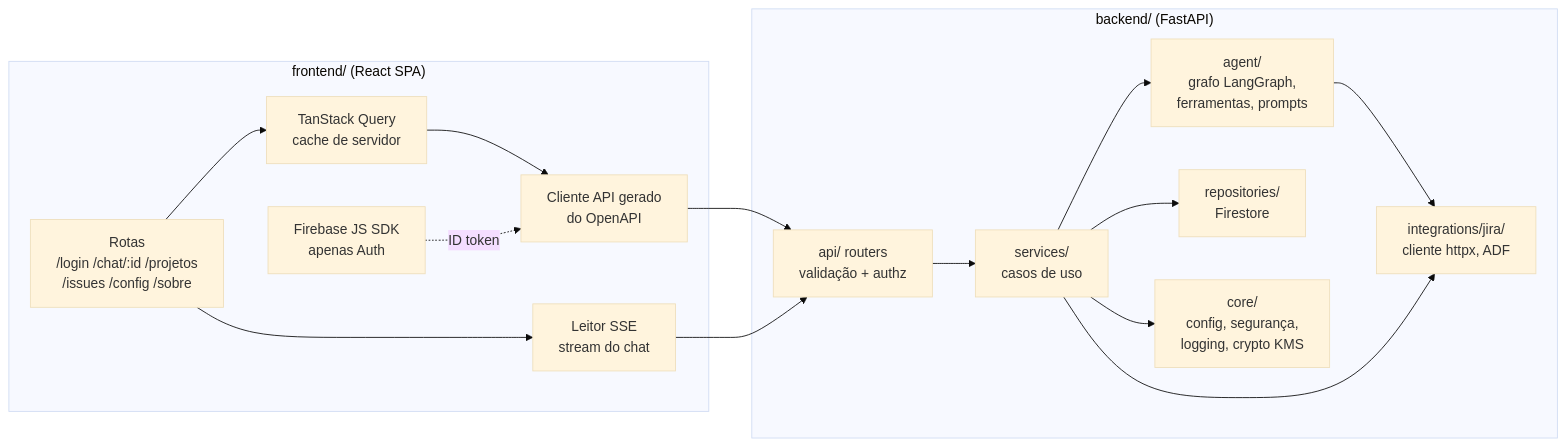
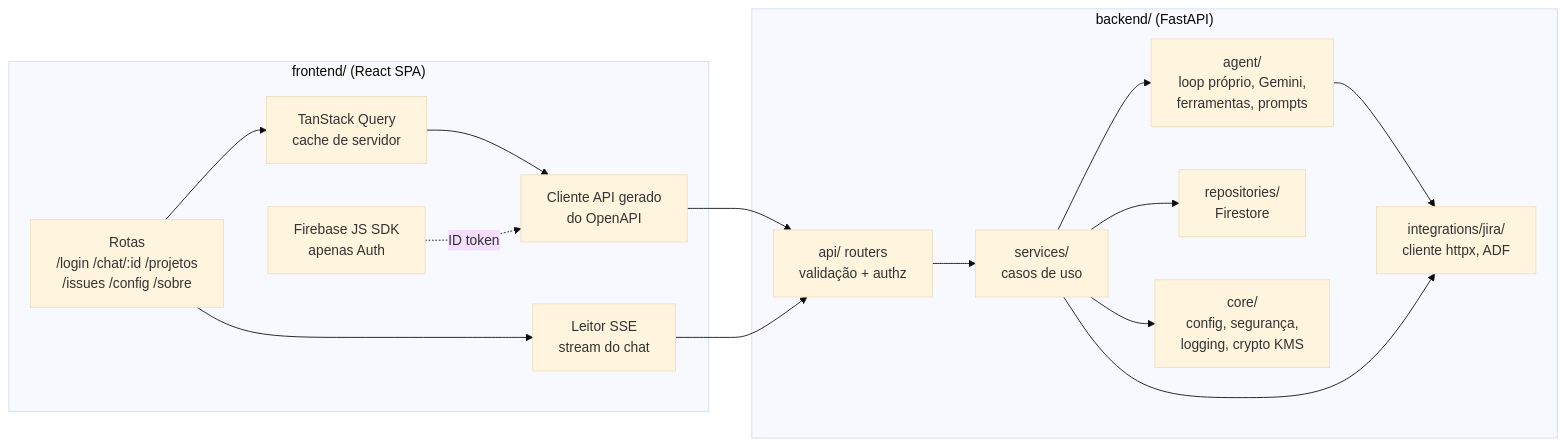
One commit to micaelleos/FunctionalAgent changed the second of 5 diagrams in docs/modernizacao/03-arquitetura.md. Above: the diagram before and after it, drawn with Mermaid (base theme). The commit also changed other lines of this file and 13 other files, not shown here.

First line of the commit message:
docs: ADR-008 — agente com Gemini no Vertex AI e loop próprio (Constituição 2.2.0)

````diff
--- a/docs/modernizacao/03-arquitetura.md
+++ b/docs/modernizacao/03-arquitetura.md
@@ -46,26 +46,26 @@
 ```mermaid
 flowchart LR
     subgraph FE["frontend/ (React SPA)"]
         R[Rotas<br/>/login /chat/:id /projetos<br/>/issues /config /sobre]
         Q[TanStack Query<br/>cache de servidor]
         SDK[Firebase JS SDK<br/>apenas Auth]
         CL[Cliente API gerado<br/>do OpenAPI]
         SSE[Leitor SSE<br/>stream do chat]
     end
     subgraph BE["backend/ (FastAPI)"]
         RT[api/ routers<br/>validação + authz]
         SV[services/<br/>casos de uso]
-        AG[agent/<br/>grafo LangGraph,<br/>ferramentas, prompts]
+        AG[agent/<br/>loop próprio, Gemini,<br/>ferramentas, prompts]
         JI[integrations/jira/<br/>cliente httpx, ADF]
         RP[repositories/<br/>Firestore]
         CR[core/<br/>config, segurança,<br/>logging, crypto KMS]
     end
     R --> Q --> CL --> RT
     R --> SSE --> RT
     SDK -.ID token.-> CL
     RT --> SV --> AG
     SV --> RP
     AG --> JI
     SV --> JI
     SV --> CR
 ```
````
